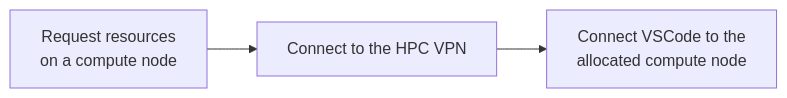
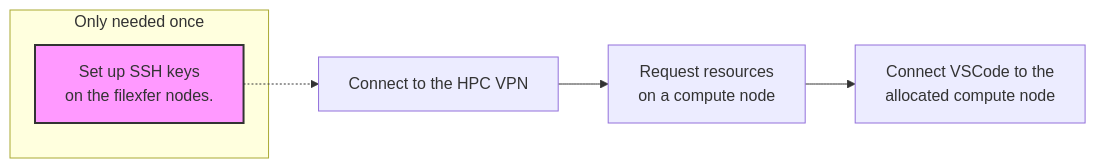
Before and after one commit to UA-ResearchComputing-HPC/hpc-documentation: the diagram in docs/software/popular_software/vscode_remote_connection/index.md, drawn with Mermaid. The commit also changed other lines of this file and 9 other files, not shown here.

````diff
--- a/docs/software/popular_software/vscode_remote_connection/index.md
+++ b/docs/software/popular_software/vscode_remote_connection/index.md
@@ -14,5 +20,10 @@
 ```mermaid
 graph LR
-A[Request resources<br>on a compute node] --> B[Connect to the HPC VPN]
-B --> C[Connect VSCode to the<br>allocated compute node]
+subgraph Only needed once
+    style A fill:#f9f,stroke:#333,stroke-width:2px
+    A[Set up SSH keys<br>on the filexfer nodes.]
+end
+A -.-> B[Connect to the HPC VPN]
+B --> C[Request resources<br>on a compute node]
+C --> D[Connect VSCode to the<br>allocated compute node]
 ```
````
